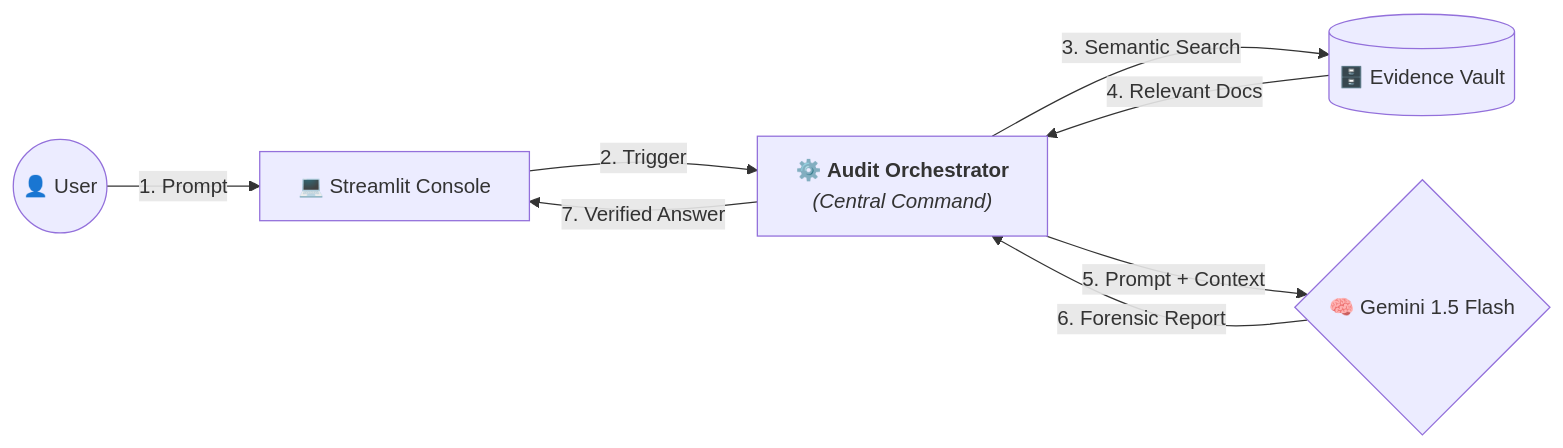
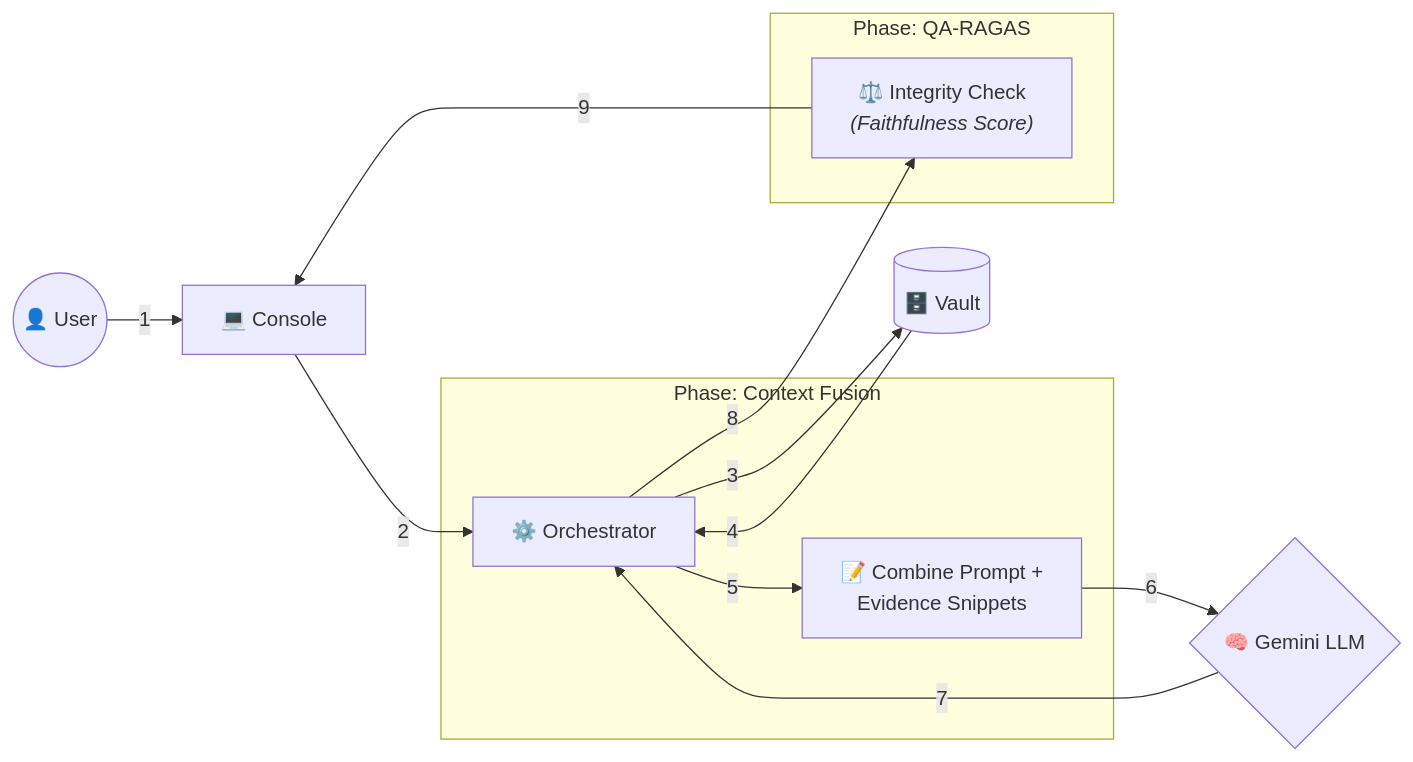
One commit to MKumaranAutomation/FinancialIntelligence-AuditSuite changed the diagram in README.md. Above: the diagram before and after it, drawn with Mermaid. The commit also changed other lines of this file, not shown here.

Commit message:
Updated Financial Intelligence and Audit Suite

````diff
--- a/README.md
+++ b/README.md
@@ -9,13 +9,20 @@
 ```mermaid
 graph LR
-    USER((👤 User)) -- "1. Prompt" --> PC[💻 Streamlit Console]
-    PC -- "2. Trigger" --> RET["⚙️ <b>Audit Orchestrator</b><br/><i>(Central Command)</i>"]
+    USER((👤 User)) -- "1" --> PC[💻 Console]
+    PC -- "2" --> RET["⚙️ Orchestrator"]
+    RET -- "3" --> DB[(🗄️ Vault)]
+    DB -- "4" --> RET
     
-    RET -- "3. Semantic Search" --> DB[(🗄️ Evidence Vault)]
-    DB -- "4. Relevant Docs" --> RET
+    subgraph FUSION ["Phase: Context Fusion"]
+        RET -- "5" --> COMB["📝 Combine Prompt + <br/>Evidence Snippets"]
+    end
     
-    RET -- "5. Prompt + Context" --> LLM{🧠 Gemini 1.5 Flash}
-    LLM -- "6. Forensic Report" --> RET
+    COMB -- "6" --> LLM{🧠 Gemini LLM}
+    LLM -- "7" --> RET
     
-    RET -- "7. Verified Answer" --> PC
+    subgraph EVAL ["Phase: QA-RAGAS"]
+        RET -- "8" --> RAGAS["⚖️ Integrity Check <br/><i>(Faithfulness Score)</i>"]
+    end
+    
+    RAGAS -- "9" --> PC
 ```
````
